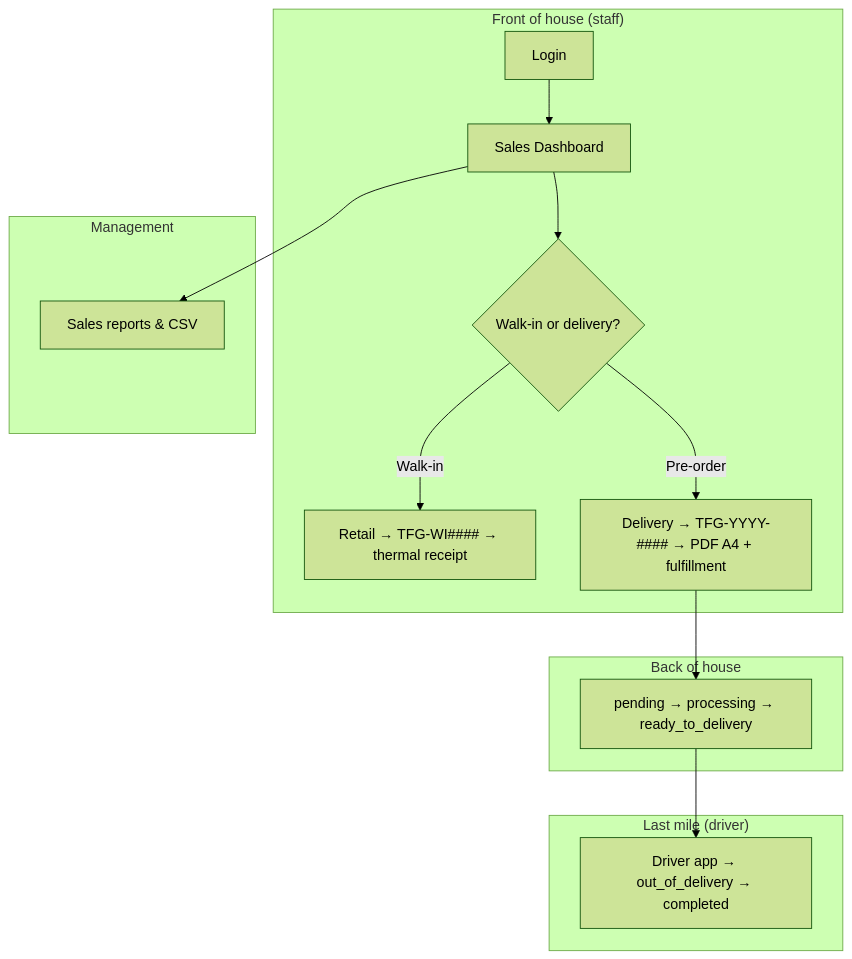
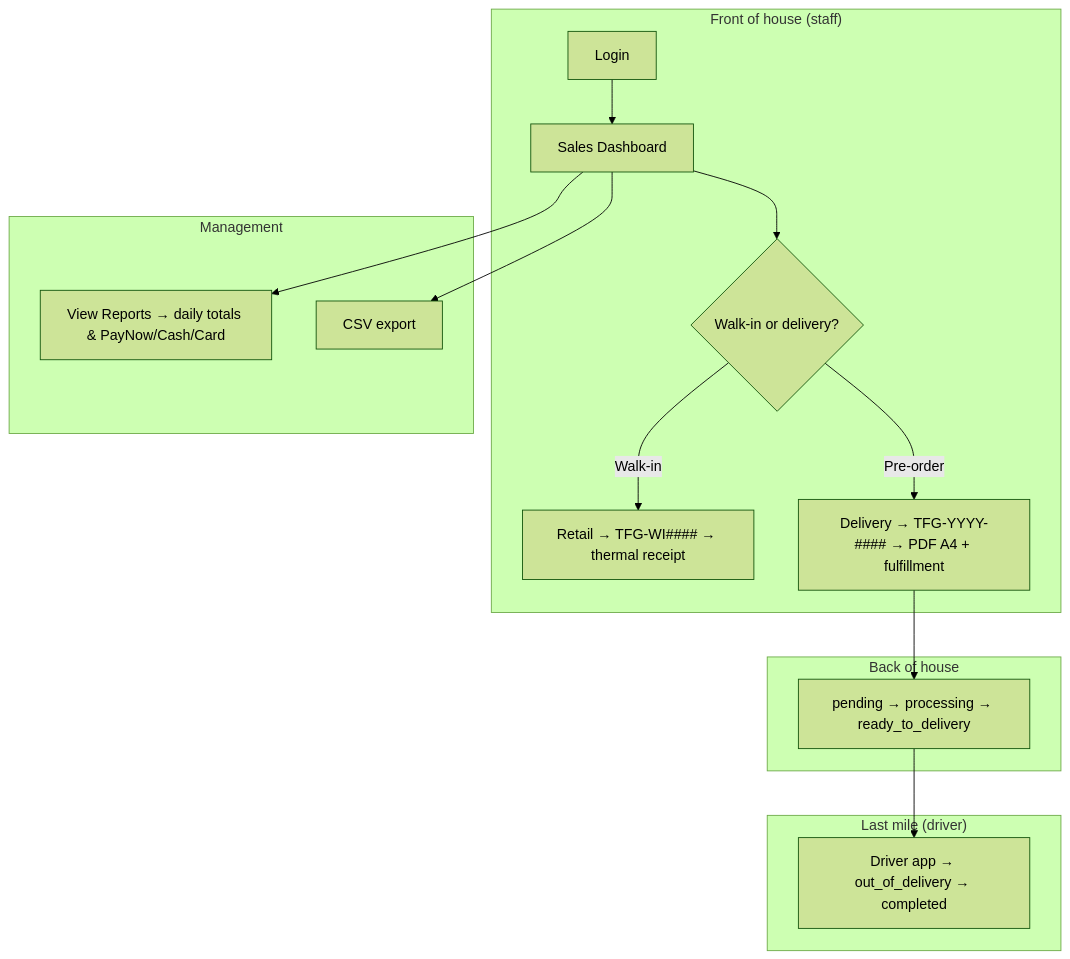
One commit to kahliantoo-rgb/tfg_vday changed the tenth of 10 diagrams in docs/WORKFLOW.md. Above: the diagram before and after it, drawn with Mermaid (forest theme). The commit also changed other lines of this file and 72 other files, not shown here.

First line of the commit message:
Add daily sales report, release APK CI, and peak-season updates.

````diff
--- a/docs/WORKFLOW.md
+++ b/docs/WORKFLOW.md
@@ -333,21 +370,22 @@
 ```mermaid
 flowchart TB
     subgraph Front["Front of house (staff)"]
         S1[Login] --> S2[Sales Dashboard]
         S2 --> S3{Walk-in or delivery?}
         S3 -->|Walk-in| S4[Retail → TFG-WI#### → thermal receipt]
         S3 -->|Pre-order| S5[Delivery → TFG-YYYY-#### → PDF A4 + fulfillment]
     end
 
     subgraph Back["Back of house"]
         S5 --> B1[pending → processing → ready_to_delivery]
     end
 
     subgraph LastMile["Last mile (driver)"]
         B1 --> D1[Driver app → out_of_delivery → completed]
     end
 
     subgraph Insight["Management"]
-        S2 --> R1[Sales reports & CSV]
+        S2 --> R1[View Reports → daily totals & PayNow/Cash/Card]
+        S2 --> R2[CSV export]
     end
 ```
````
